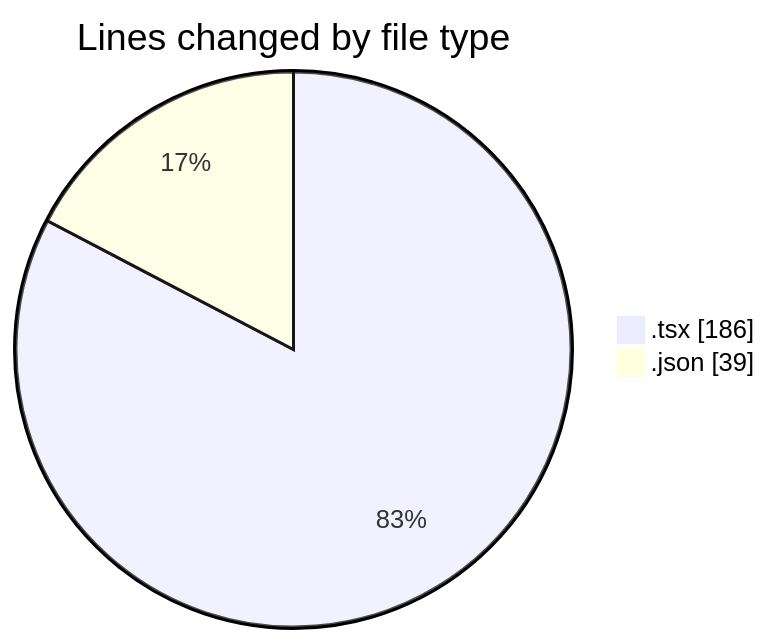
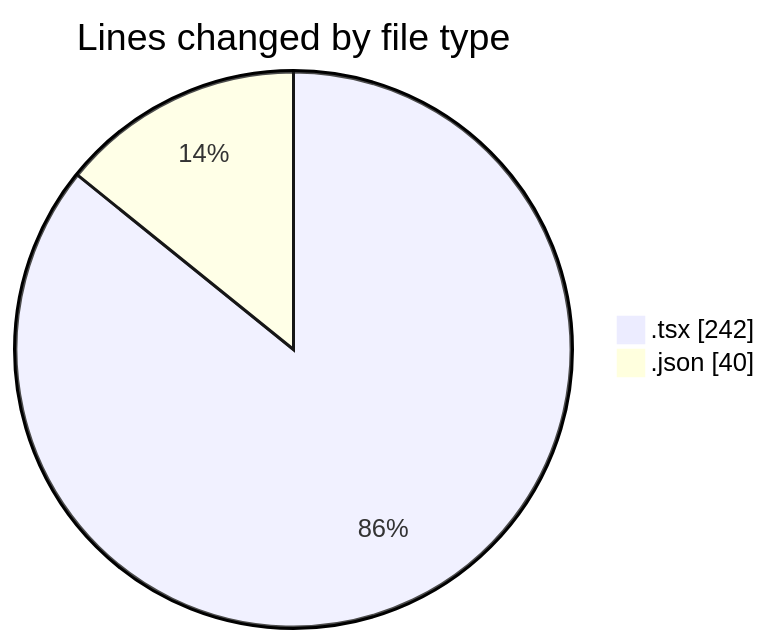
Before and after one commit to EIIisD/code-tracking: the first of 2 diagrams in 2025-08-05/tw-server/README.md, drawn with Mermaid. The commit also changed other lines of this file and 1 other file, not shown here.

````diff
--- a/2025-08-05/tw-server/README.md
+++ b/2025-08-05/tw-server/README.md
@@ -23,6 +26,6 @@
 ```mermaid
 pie showData
 title Lines changed by file type
-".tsx" : 186
-".json" : 39
+".tsx" : 242
+".json" : 40
 ```
````
